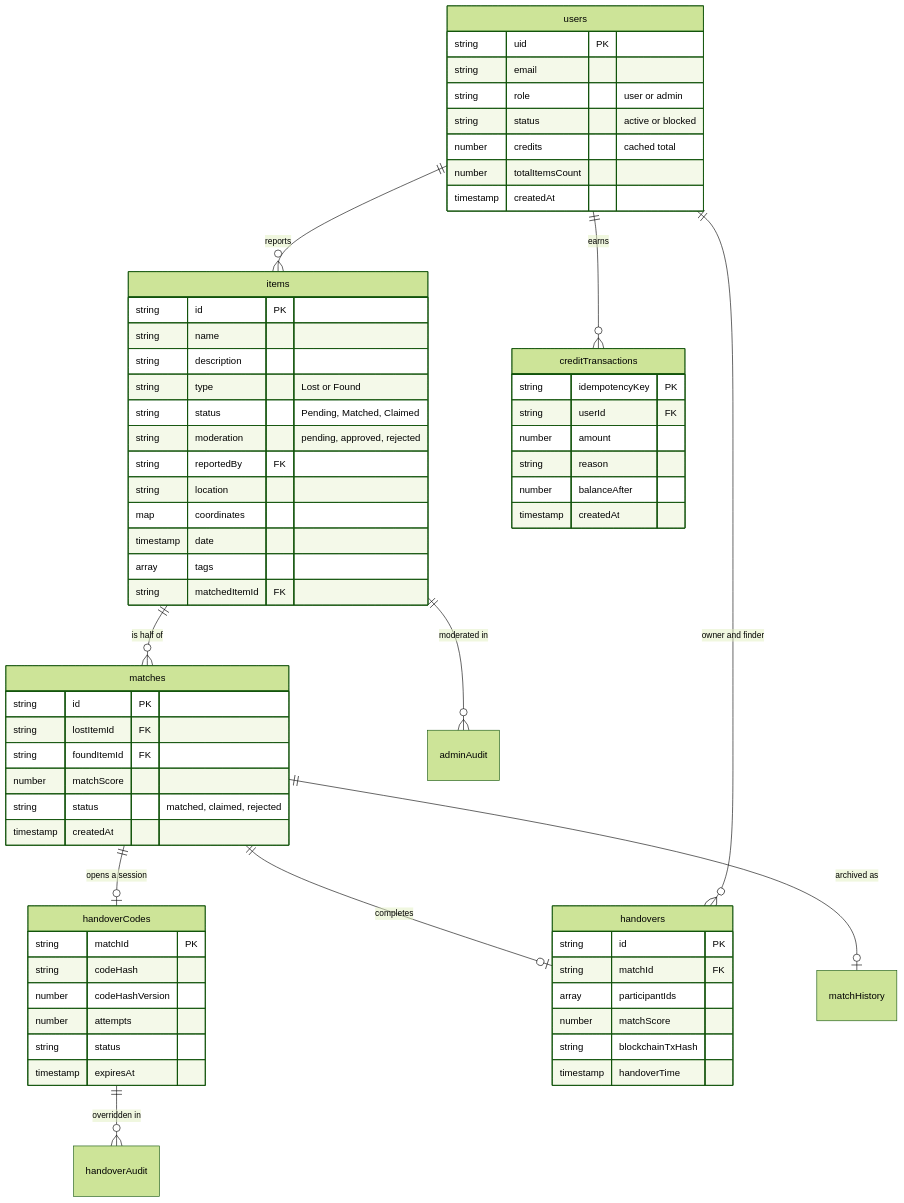
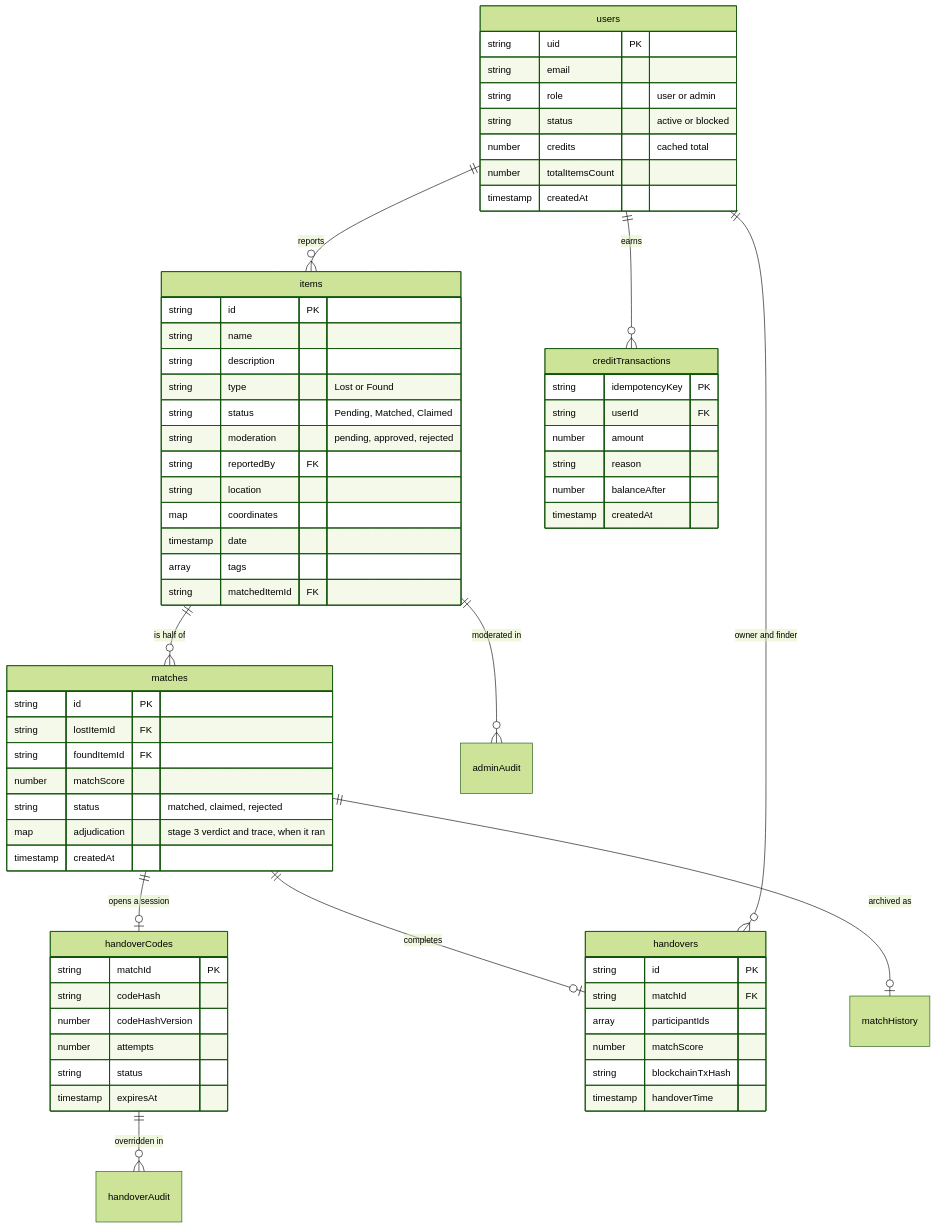
The diagram in docs/architecture/data-model.md (Vinay-R-S/ReClaim-AI), drawn with Mermaid (forest theme) before and after one commit. The commit also changed other lines of this file and 61 other files, not shown here.

````diff
--- a/docs/architecture/data-model.md
+++ b/docs/architecture/data-model.md
@@ -8,68 +8,69 @@
 ```mermaid
 erDiagram
     users ||--o{ items : reports
     users ||--o{ creditTransactions : earns
     items ||--o{ matches : "is half of"
     matches ||--o| handoverCodes : "opens a session"
     matches ||--o| handovers : completes
     matches ||--o| matchHistory : "archived as"
     handovers }o--|| users : "owner and finder"
     items ||--o{ adminAudit : "moderated in"
     handoverCodes ||--o{ handoverAudit : "overridden in"
 
     users {
         string uid PK
         string email
         string role "user or admin"
         string status "active or blocked"
         number credits "cached total"
         number totalItemsCount
         timestamp createdAt
     }
     items {
         string id PK
         string name
         string description
         string type "Lost or Found"
         string status "Pending, Matched, Claimed"
         string moderation "pending, approved, rejected"
         string reportedBy FK
         string location
         map coordinates
         timestamp date
         array tags
         string matchedItemId FK
     }
     matches {
         string id PK
         string lostItemId FK
         string foundItemId FK
         number matchScore
         string status "matched, claimed, rejected"
+        map adjudication "stage 3 verdict and trace, when it ran"
         timestamp createdAt
     }
     handoverCodes {
         string matchId PK
         string codeHash
         number codeHashVersion
         number attempts
         string status
         timestamp expiresAt
     }
     handovers {
         string id PK
         string matchId FK
         array participantIds
         number matchScore
         string blockchainTxHash
         timestamp handoverTime
     }
     creditTransactions {
         string idempotencyKey PK
         string userId FK
         number amount
         string reason
         number balanceAfter
         timestamp createdAt
     }
 ```
````
